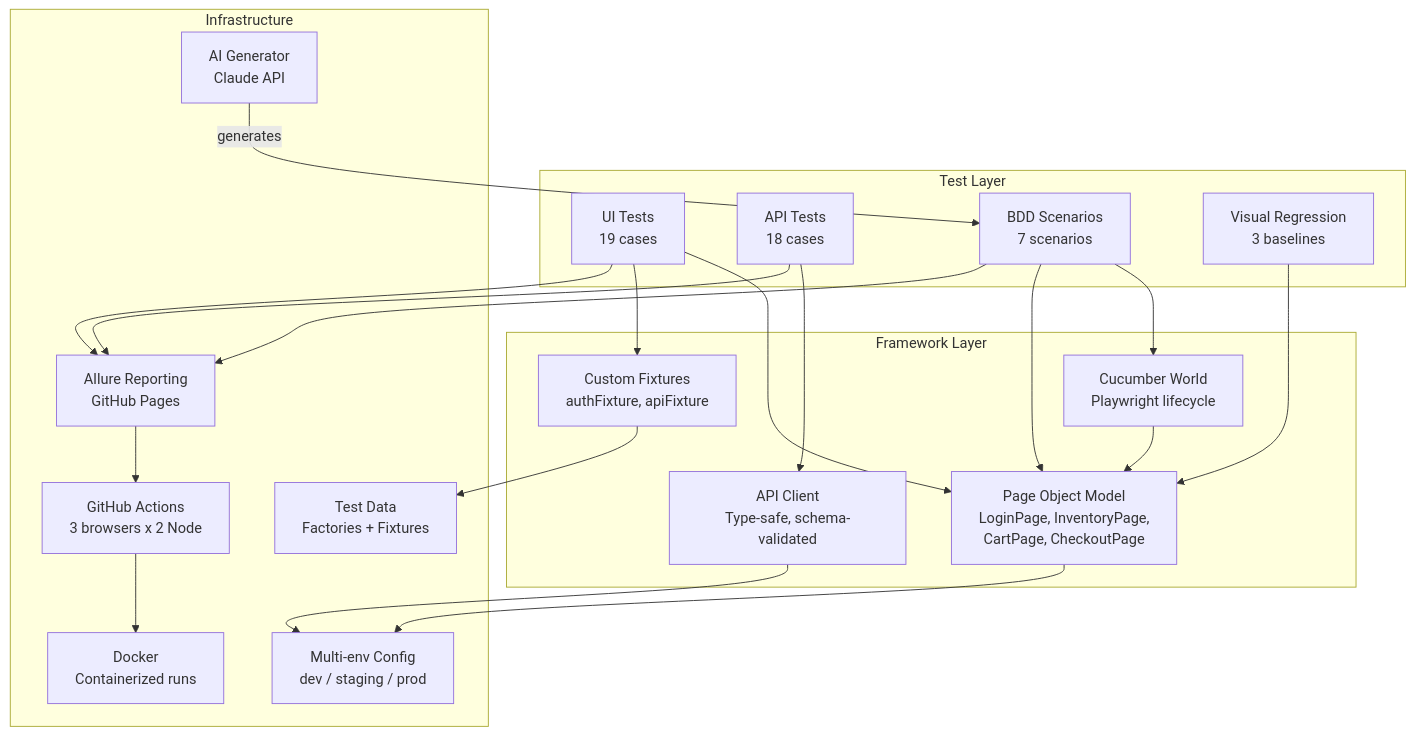
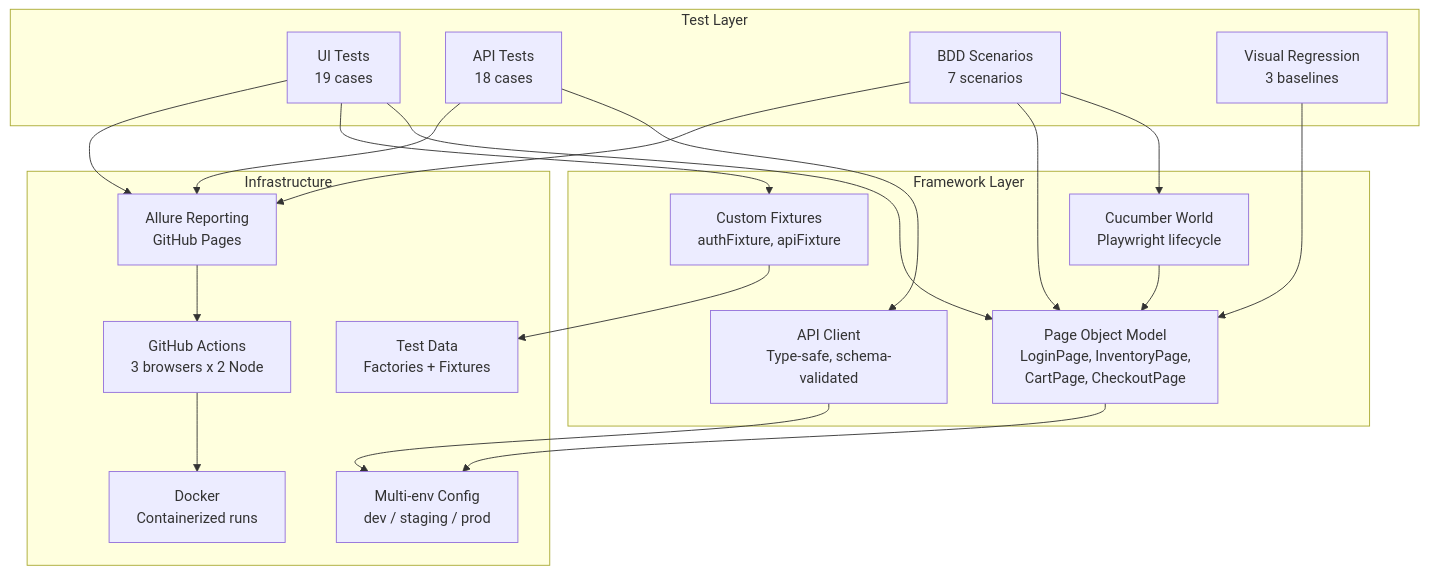
One commit to umaysahan/e2e-test changed the diagram in README.md. Above: the diagram before and after it, drawn with Mermaid. The commit also changed other lines of this file and 5 other files, not shown here.

````diff
--- a/README.md
+++ b/README.md
@@ -67,44 +64,42 @@
 ```mermaid
 graph TB
     subgraph "Test Layer"
         UI["UI Tests<br/>19 cases"]
         API["API Tests<br/>18 cases"]
         BDD["BDD Scenarios<br/>7 scenarios"]
         VIS["Visual Regression<br/>3 baselines"]
     end
 
     subgraph "Framework Layer"
         POM["Page Object Model<br/>LoginPage, InventoryPage,<br/>CartPage, CheckoutPage"]
         FIX["Custom Fixtures<br/>authFixture, apiFixture"]
         CLIENT["API Client<br/>Type-safe, schema-validated"]
         WORLD["Cucumber World<br/>Playwright lifecycle"]
     end
 
     subgraph "Infrastructure"
         CONFIG["Multi-env Config<br/>dev / staging / prod"]
         DATA["Test Data<br/>Factories + Fixtures"]
         REPORT["Allure Reporting<br/>GitHub Pages"]
         CICD["GitHub Actions<br/>3 browsers x 2 Node"]
         DOCKER["Docker<br/>Containerized runs"]
-        AI["AI Generator<br/>Claude API"]
     end
 
     UI --> POM
     UI --> FIX
     API --> CLIENT
     BDD --> WORLD
     BDD --> POM
     VIS --> POM
 
     POM --> CONFIG
     CLIENT --> CONFIG
     FIX --> DATA
     WORLD --> POM
 
     UI --> REPORT
     API --> REPORT
     BDD --> REPORT
     REPORT --> CICD
     CICD --> DOCKER
-    AI -->|generates| BDD
 ```
````
